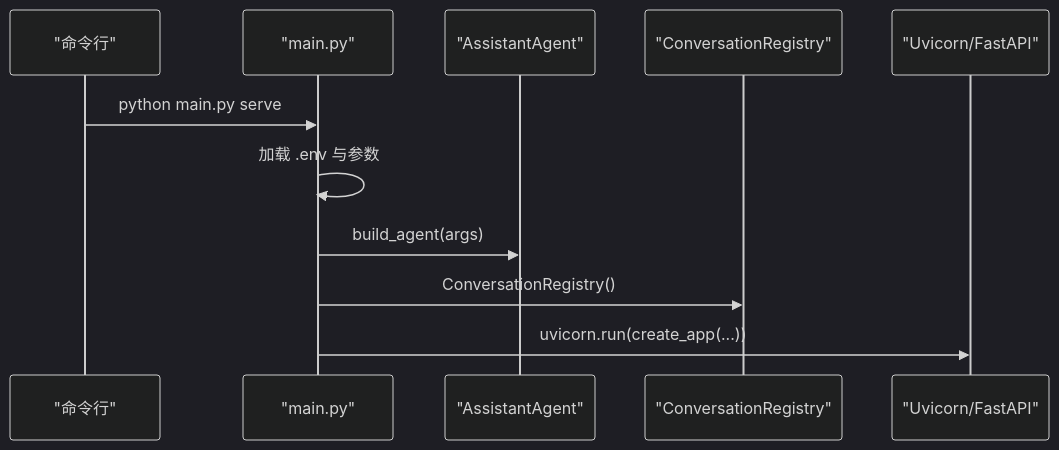
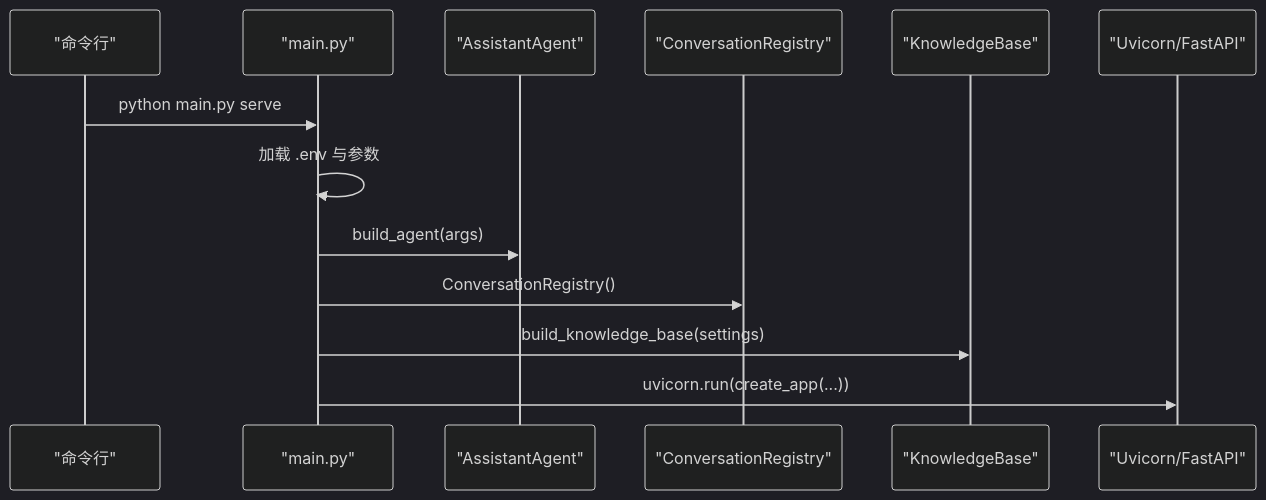
Before and after one commit to xyx1028/agentHelp: the eighth of 9 diagrams in .qoder/repowiki/zh/content/架构设计/Web API 系统.md, drawn with Mermaid (dark theme). The commit also changed other lines of this file and 115 other files, not shown here.

````diff
--- a/.qoder/repowiki/zh/content/架构设计/Web API 系统.md
+++ b/.qoder/repowiki/zh/content/架构设计/Web API 系统.md
@@ -222,13 +284,15 @@
 ```mermaid
 sequenceDiagram
 participant CLI as "命令行"
 participant Main as "main.py"
 participant Agent as "AssistantAgent"
 participant Registry as "ConversationRegistry"
+participant KB as "KnowledgeBase"
 participant Server as "Uvicorn/FastAPI"
 CLI->>Main : python main.py serve
 Main->>Main : 加载 .env 与参数
 Main->>Agent : build_agent(args)
 Main->>Registry : ConversationRegistry()
+Main->>KB : build_knowledge_base(settings)
 Main->>Server : uvicorn.run(create_app(...))
 ```
````
